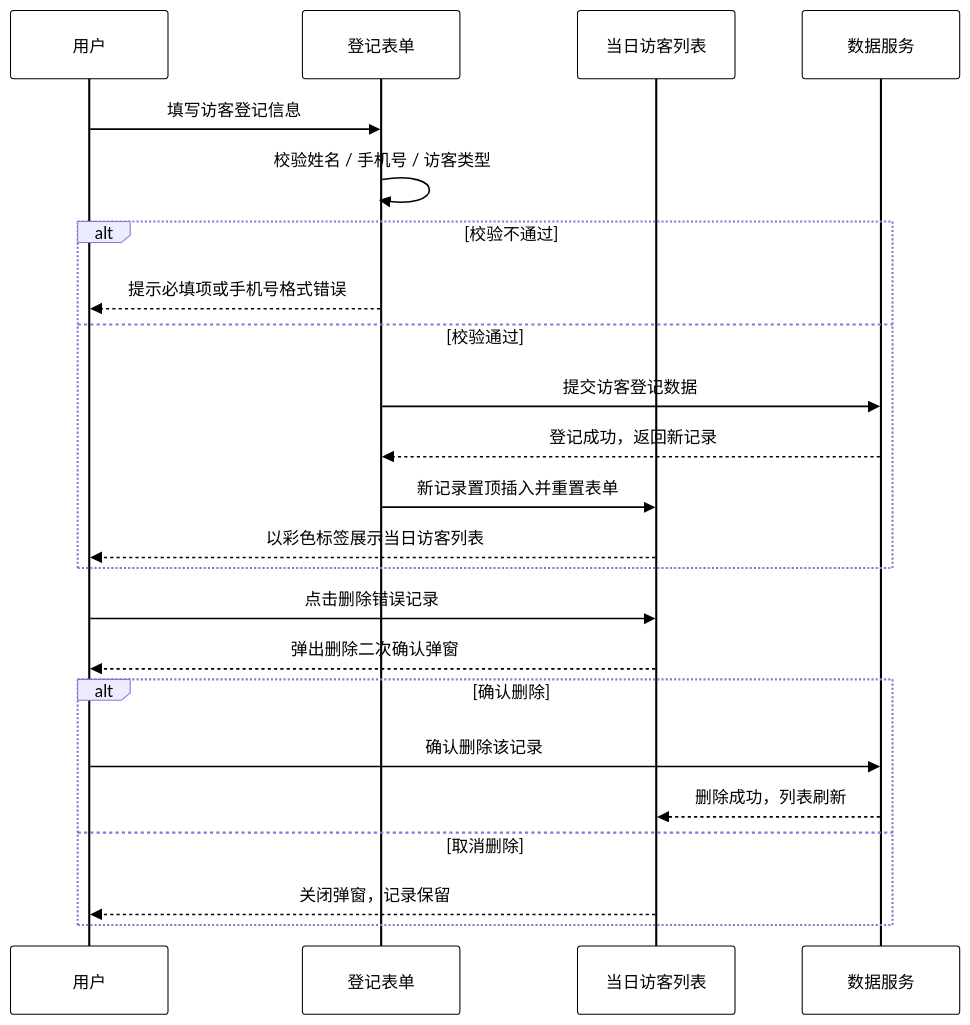
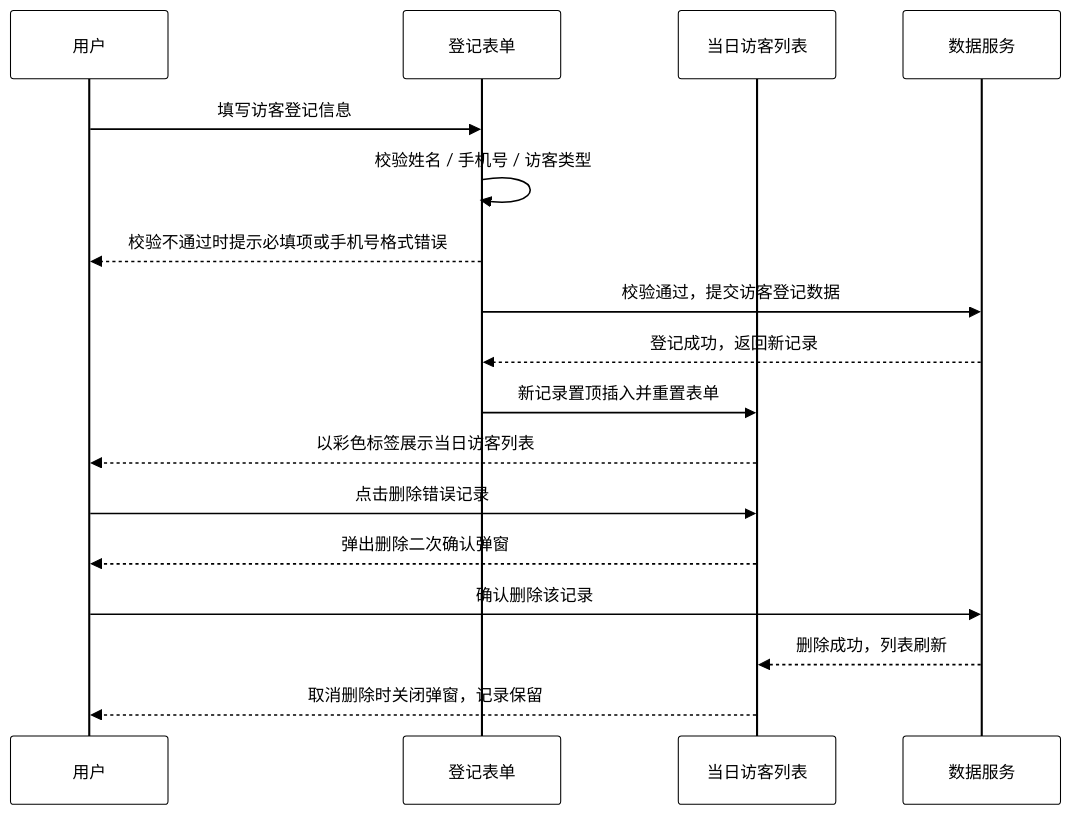
Diagram 14 of 24 in docs/功能需求分析与用例图.md (carl-Tu/campus-management), drawn with Mermaid before and after one commit. The commit also changed other lines of this file, not shown here.

Commit message:
perfect：时序图

````diff
--- a/docs/功能需求分析与用例图.md
+++ b/docs/功能需求分析与用例图.md
@@ -507,28 +501,22 @@
 ```mermaid
 sequenceDiagram
   %%{init: {"themeVariables": {"actorBkg": "#ffffff", "actorBorder": "#000000", "actorTextColor": "#000000", "actorLineColor": "#000000", "signalColor": "#000000", "signalTextColor": "#000000", "noteBkgColor": "#ffffff", "noteBorderColor": "#000000"}}}%%
   participant U as 用户
   participant F as 登记表单
   participant L as 当日访客列表
   participant D as 数据服务
 
   U->>F: 填写访客登记信息
   F->>F: 校验姓名 / 手机号 / 访客类型
-  alt 校验不通过
-    F-->>U: 提示必填项或手机号格式错误
-  else 校验通过
-    F->>D: 提交访客登记数据
-    D-->>F: 登记成功，返回新记录
-    F->>L: 新记录置顶插入并重置表单
-    L-->>U: 以彩色标签展示当日访客列表
-  end
+  F-->>U: 校验不通过时提示必填项或手机号格式错误
+  F->>D: 校验通过，提交访客登记数据
+  D-->>F: 登记成功，返回新记录
+  F->>L: 新记录置顶插入并重置表单
+  L-->>U: 以彩色标签展示当日访客列表
 
   U->>L: 点击删除错误记录
   L-->>U: 弹出删除二次确认弹窗
-  alt 确认删除
-    U->>D: 确认删除该记录
-    D-->>L: 删除成功，列表刷新
-  else 取消删除
-    L-->>U: 关闭弹窗，记录保留
-  end
+  U->>D: 确认删除该记录
+  D-->>L: 删除成功，列表刷新
+  L-->>U: 取消删除时关闭弹窗，记录保留
 ```
````
